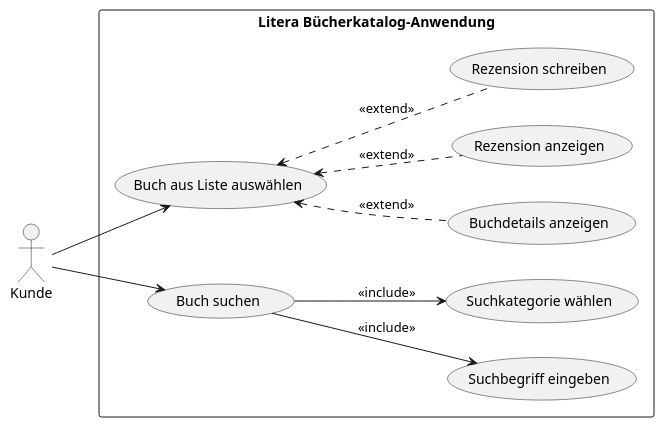
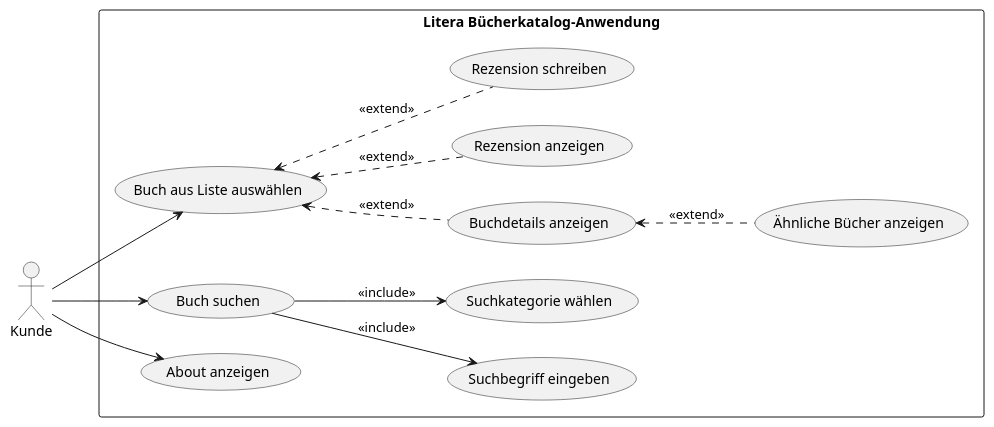
One commit to MariaRatnikova/Software-Engineering-Litera-Anwendung changed the diagram in uml_projekt/Anwendungsfalldiagramm.puml. Above: the diagram before and after it, drawn with PlantUML. The commit also changed 418 other files, not shown here.

```diff
--- a/uml_projekt/Anwendungsfalldiagramm.puml
+++ b/uml_projekt/Anwendungsfalldiagramm.puml
@@ -1,29 +1,31 @@
 @startuml
 left to right direction
 skinparam packageStyle rectangle
 
 actor Kunde
 
 rectangle "Litera Bücherkatalog-Anwendung" {
   usecase "Suchbegriff eingeben" as U1
   usecase "Suchkategorie wählen" as U2
   usecase "Buch suchen" as U3
   usecase "Buch aus Liste auswählen" as U4
   usecase "Buchdetails anzeigen" as U5
   usecase "Rezension anzeigen" as U6
   usecase "Rezension schreiben" as U7
+  usecase "Ähnliche Bücher anzeigen" as U9
+  usecase "About anzeigen" as U8
 }
 
-
+Kunde --> U3
 Kunde --> U4
-Kunde --> U3
-
+Kunde --> U8
 
 U3 --> U1 : <<include>>
 U3 --> U2 : <<include>>
 
 U5 .u.> U4 : <<extend>>
 U6 .u.> U4 : <<extend>>
 U7 .u.> U4 : <<extend>>
 
+U9 .u.> U5 : <<extend>>
 @enduml
```
